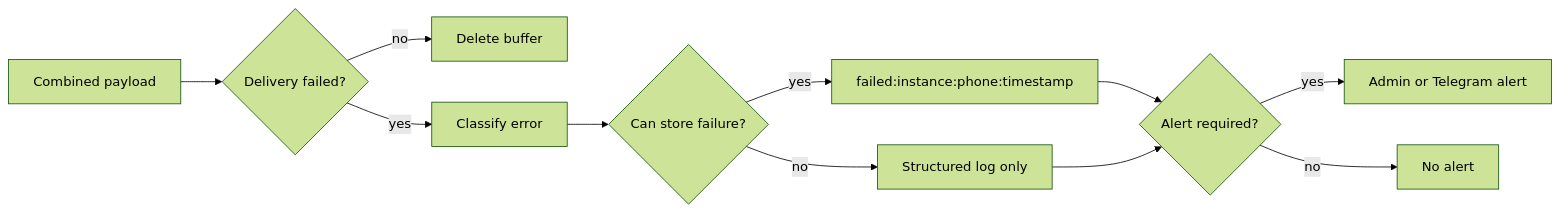
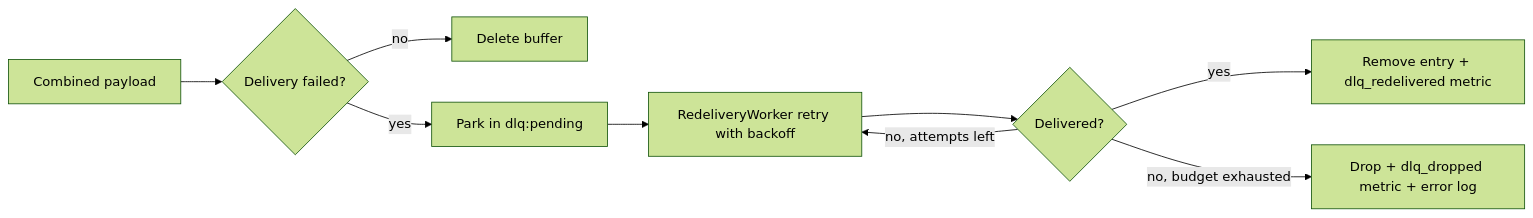
The second of 2 diagrams in docs/architecture/error_handling.md (nicolasvargaszz/bot), drawn with Mermaid (forest theme) before and after one commit. The commit also changed other lines of this file and 12 other files, not shown here.

````diff
--- a/docs/architecture/error_handling.md
+++ b/docs/architecture/error_handling.md
@@ -177,13 +187,11 @@
 ```mermaid
 flowchart LR
     A[Combined payload] --> B{Delivery failed?}
     B -- no --> C[Delete buffer]
-    B -- yes --> D[Classify error]
-    D --> E{Can store failure?}
-    E -- yes --> F[failed:instance:phone:timestamp]
-    E -- no --> G[Structured log only]
-    F --> H{Alert required?}
-    G --> H
-    H -- yes --> I[Admin or Telegram alert]
-    H -- no --> J[No alert]
+    B -- yes --> D[Park in dlq:pending]
+    D --> E[RedeliveryWorker retry with backoff]
+    E --> F{Delivered?}
+    F -- yes --> G[Remove entry + dlq_redelivered metric]
+    F -- no, attempts left --> E
+    F -- no, budget exhausted --> H[Drop + dlq_dropped metric + error log]
 ```
````
